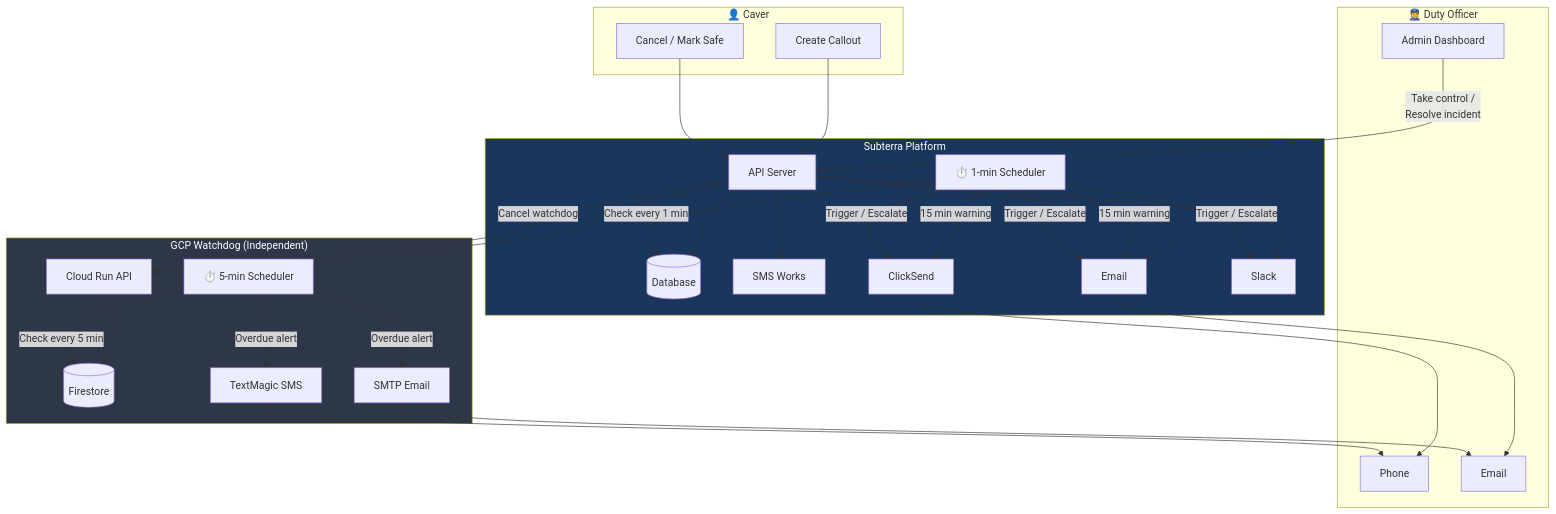
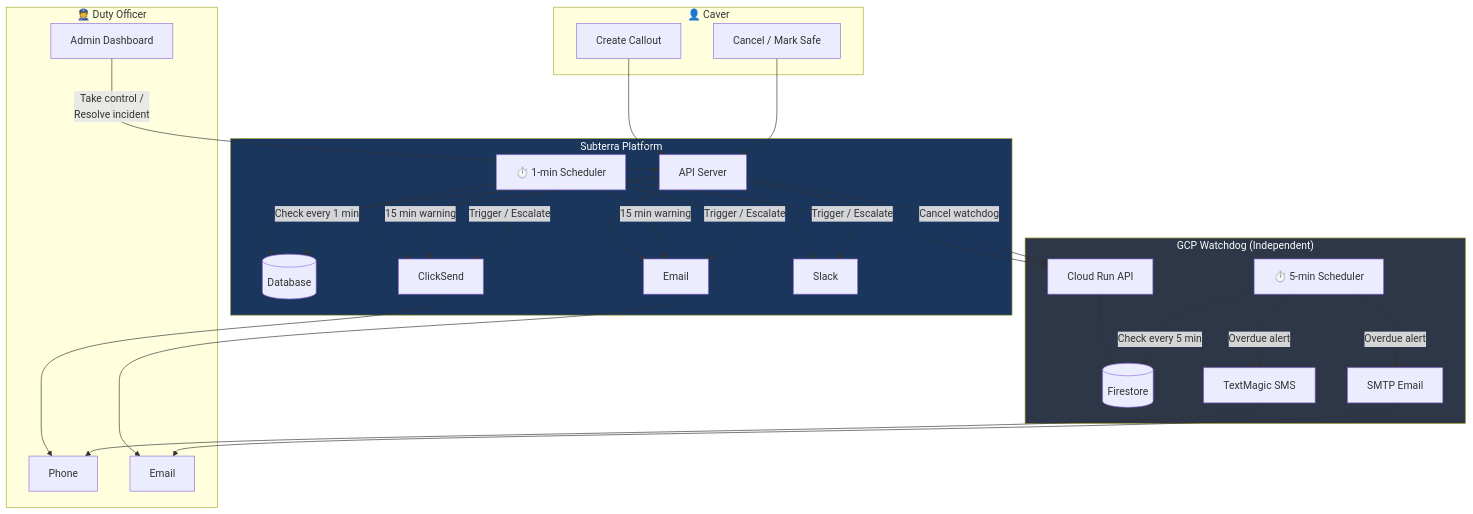
The eighth of 8 diagrams in docs/callout-system.md (paperclipmonkey/subterra), drawn with Mermaid before and after one commit. The commit also changed 14 other files, not shown here.

Commit message:
Remove SMS Works from platform

````diff
--- a/docs/callout-system.md
+++ b/docs/callout-system.md
@@ -311,63 +311,62 @@
 ```mermaid
 flowchart TB
     subgraph User["👤 Caver"]
         CreateCallout["Create Callout"]
         CancelCallout["Cancel / Mark Safe"]
     end
 
     subgraph Subterra["Subterra Platform"]
         API["API Server"]
         DB[(Database)]
         Scheduler["⏱️ 1-min Scheduler"]
-        SMSWorks["SMS Works"]
         ClickSend["ClickSend"]
         EmailSvc["Email"]
         SlackSvc["Slack"]
     end
 
     subgraph GCPWatchdog["GCP Watchdog (Independent)"]
         WatchdogAPI["Cloud Run API"]
         Firestore[(Firestore)]
         GCPScheduler["⏱️ 5-min Scheduler"]
         TextMagic["TextMagic SMS"]
         SMTP["SMTP Email"]
     end
 
     subgraph DutyOfficer["👮 Duty Officer"]
         DODashboard["Admin Dashboard"]
         DOPhone["Phone"]
         DOEmail["Email"]
     end
 
     CreateCallout --> API
     API --> DB
     API --> WatchdogAPI
     WatchdogAPI --> Firestore
-    API --> SMSWorks
+    API --> ClickSend
     API --> EmailSvc
     API --> SlackSvc
 
     Scheduler -->|"Check every 1 min"| DB
     Scheduler -->|"15 min warning"| ClickSend
     Scheduler -->|"15 min warning"| EmailSvc
     Scheduler -->|"Trigger / Escalate"| ClickSend
     Scheduler -->|"Trigger / Escalate"| EmailSvc
     Scheduler -->|"Trigger / Escalate"| SlackSvc
 
     GCPScheduler -->|"Check every 5 min"| Firestore
     GCPScheduler -->|"Overdue alert"| TextMagic
     GCPScheduler -->|"Overdue alert"| SMTP
 
     ClickSend --> DOPhone
     EmailSvc --> DOEmail
     TextMagic --> DOPhone
     SMTP --> DOEmail
 
     CancelCallout --> API
     API -->|"Cancel watchdog"| WatchdogAPI
 
     DODashboard -->|"Take control /<br/>Resolve incident"| API
 
     style GCPWatchdog fill:#2d3748,color:#fff
     style Subterra fill:#1a365d,color:#fff
 ```
````
